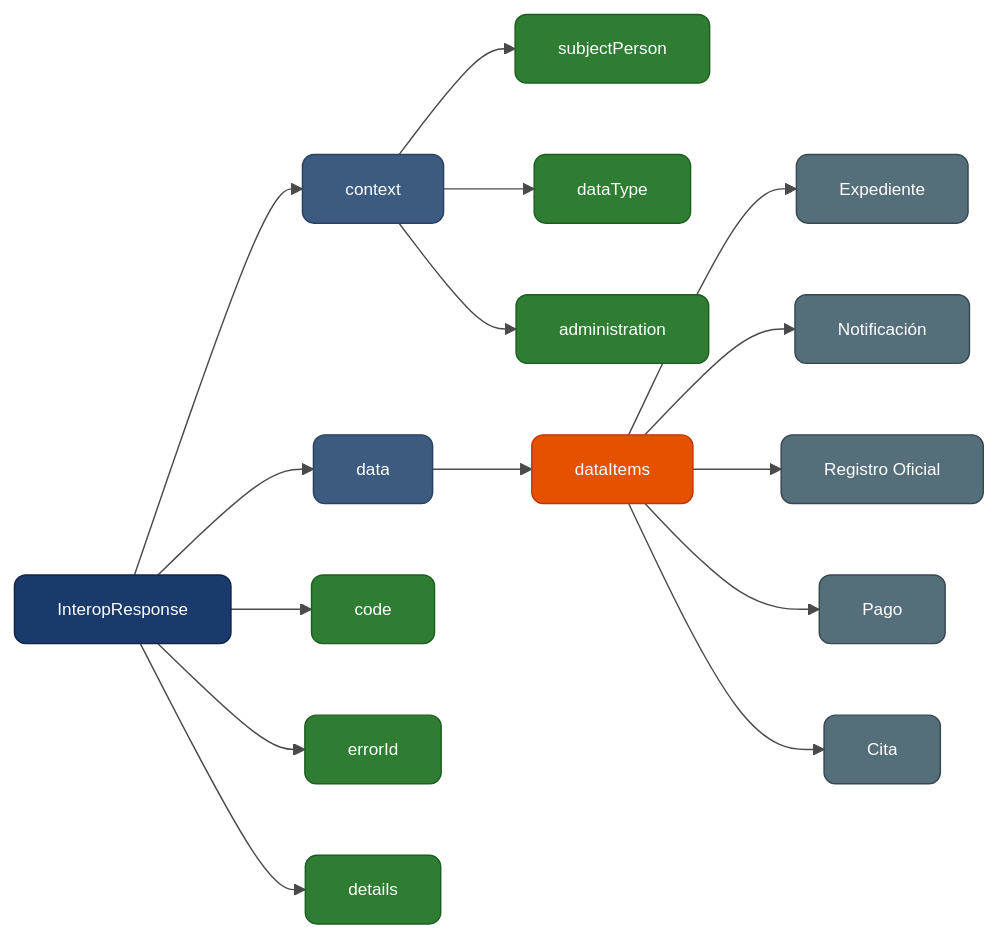
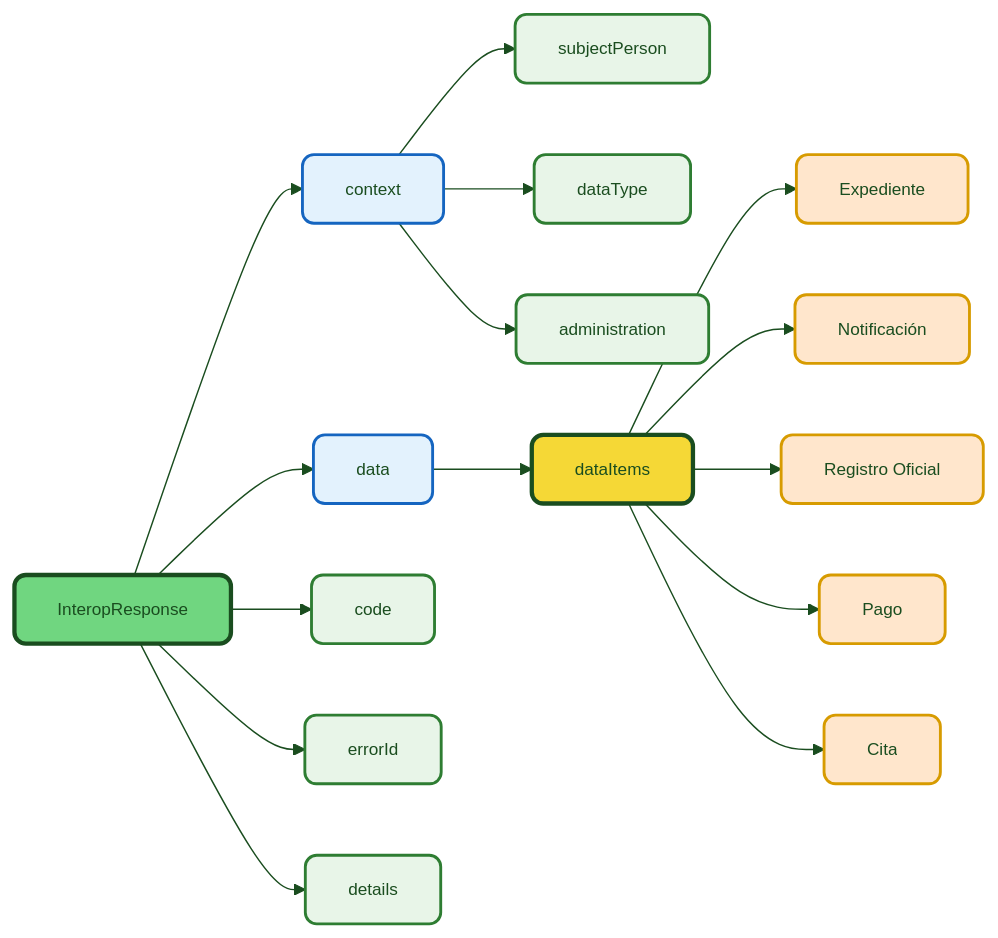
Before and after one commit to DENA-Euskadi/dena-euskadi.github.io: the third of 3 diagrams in docs/semantica/data-retrieve/index.md, drawn with Mermaid. The commit also changed other lines of this file and 76 other files, not shown here.

````diff
--- a/docs/semantica/data-retrieve/index.md
+++ b/docs/semantica/data-retrieve/index.md
@@ -308,51 +309,52 @@
 ```mermaid
 ---
 config:
   theme: base
   themeVariables:
     primaryColor: "#FFFFFF"
-    primaryTextColor: "#000000"
-    primaryBorderColor: "#CCCCCC"
-    lineColor: "#4A4A4A"
+    primaryTextColor: "#1a4d1f"
+    primaryBorderColor: "#70d680"
+    lineColor: "#1a4d1f"
     fontSize: "12px"
+    fontFamily: "Manrope, sans-serif"
 ---
 flowchart LR
     ROOT["InteropResponse"] --> CTX["context"]
     ROOT --> DATA["data"]
     ROOT --> CODE["code"]
     ROOT --> ERRID["errorId"]
     ROOT --> DETAILS["details"]
 
     CTX --> PERSON["subjectPerson"]
     CTX --> DTYPE["dataType"]
     CTX --> ADMIN["administration"]
 
     DATA --> ITEMS["dataItems"]
     ITEMS --> RECORD["Expediente"]
     ITEMS --> NOTICE["Notificación"]
     ITEMS --> REGISTRY["Registro Oficial"]
     ITEMS --> PAYMENT["Pago"]
     ITEMS --> SCHEDULE["Cita"]
 
-    click RECORD "https://github.com/DENA-Euskadi/dena-common-docs/blob/main/docs/semantica/data-retrieve/data/expediente.md" "Ver documentación de Expediente"
-    click NOTICE "https://github.com/DENA-Euskadi/dena-common-docs/blob/main/docs/semantica/data-retrieve/data/notificacion.md" "Ver documentación de Notificación"
-    click REGISTRY "https://github.com/DENA-Euskadi/dena-common-docs/blob/main/docs/semantica/data-retrieve/data/registro-oficial.md" "Ver documentación de Registro Oficial"
-    click PAYMENT "https://github.com/DENA-Euskadi/dena-common-docs/blob/main/docs/semantica/data-retrieve/data/pago.md" "Ver documentación de Pagos"
-    click SCHEDULE "https://github.com/DENA-Euskadi/dena-common-docs/blob/main/docs/semantica/data-retrieve/data/cita.md" "Ver documentación de Cita"
+    click RECORD "./data/expediente/" "Ver documentación de Expediente"
+    click NOTICE "./data/notificacion/" "Ver documentación de Notificación"
+    click REGISTRY "./data/registro-oficial/" "Ver documentación de Registro Oficial"
+    click PAYMENT "./data/pago/" "Ver documentación de Pagos"
+    click SCHEDULE "./data/cita/" "Ver documentación de Cita"
 
-    style ROOT fill:#1A3A6B,stroke:#0F2545,color:#FFFFFF,rx:8,ry:8
-    style CTX fill:#3D5A80,stroke:#2B4162,color:#FFFFFF,rx:8,ry:8
-    style DATA fill:#3D5A80,stroke:#2B4162,color:#FFFFFF,rx:8,ry:8
-    style CODE fill:#2E7D32,stroke:#1B5E20,color:#FFFFFF,rx:8,ry:8
-    style ERRID fill:#2E7D32,stroke:#1B5E20,color:#FFFFFF,rx:8,ry:8
-    style DETAILS fill:#2E7D32,stroke:#1B5E20,color:#FFFFFF,rx:8,ry:8
-    style PERSON fill:#2E7D32,stroke:#1B5E20,color:#FFFFFF,rx:8,ry:8
-    style DTYPE fill:#2E7D32,stroke:#1B5E20,color:#FFFFFF,rx:8,ry:8
-    style ADMIN fill:#2E7D32,stroke:#1B5E20,color:#FFFFFF,rx:8,ry:8
-    style ITEMS fill:#E65100,stroke:#BF360C,color:#FFFFFF,rx:8,ry:8
-    style RECORD fill:#546E7A,stroke:#37474F,color:#FFFFFF,rx:8,ry:8
-    style NOTICE fill:#546E7A,stroke:#37474F,color:#FFFFFF,rx:8,ry:8
-    style REGISTRY fill:#546E7A,stroke:#37474F,color:#FFFFFF,rx:8,ry:8
-    style PAYMENT fill:#546E7A,stroke:#37474F,color:#FFFFFF,rx:8,ry:8
-    style SCHEDULE fill:#546E7A,stroke:#37474F,color:#FFFFFF,rx:8,ry:8
+    style ROOT fill:#70d680,stroke:#1a4d1f,color:#1a4d1f,stroke-width:3px,rx:8,ry:8
+    style CTX fill:#e3f2fd,stroke:#1565c0,color:#1a4d1f,stroke-width:2px,rx:8,ry:8
+    style DATA fill:#e3f2fd,stroke:#1565c0,color:#1a4d1f,stroke-width:2px,rx:8,ry:8
+    style CODE fill:#e8f5e8,stroke:#2e7d32,color:#1a4d1f,stroke-width:2px,rx:8,ry:8
+    style ERRID fill:#e8f5e8,stroke:#2e7d32,color:#1a4d1f,stroke-width:2px,rx:8,ry:8
+    style DETAILS fill:#e8f5e8,stroke:#2e7d32,color:#1a4d1f,stroke-width:2px,rx:8,ry:8
+    style PERSON fill:#e8f5e8,stroke:#2e7d32,color:#1a4d1f,stroke-width:2px,rx:8,ry:8
+    style DTYPE fill:#e8f5e8,stroke:#2e7d32,color:#1a4d1f,stroke-width:2px,rx:8,ry:8
+    style ADMIN fill:#e8f5e8,stroke:#2e7d32,color:#1a4d1f,stroke-width:2px,rx:8,ry:8
+    style ITEMS fill:#f5d836,stroke:#1a4d1f,color:#1a4d1f,stroke-width:3px,rx:8,ry:8
+    style RECORD fill:#ffe6cc,stroke:#d79b00,color:#1a4d1f,stroke-width:2px,rx:8,ry:8
+    style NOTICE fill:#ffe6cc,stroke:#d79b00,color:#1a4d1f,stroke-width:2px,rx:8,ry:8
+    style REGISTRY fill:#ffe6cc,stroke:#d79b00,color:#1a4d1f,stroke-width:2px,rx:8,ry:8
+    style PAYMENT fill:#ffe6cc,stroke:#d79b00,color:#1a4d1f,stroke-width:2px,rx:8,ry:8
+    style SCHEDULE fill:#ffe6cc,stroke:#d79b00,color:#1a4d1f,stroke-width:2px,rx:8,ry:8
 ```
````
